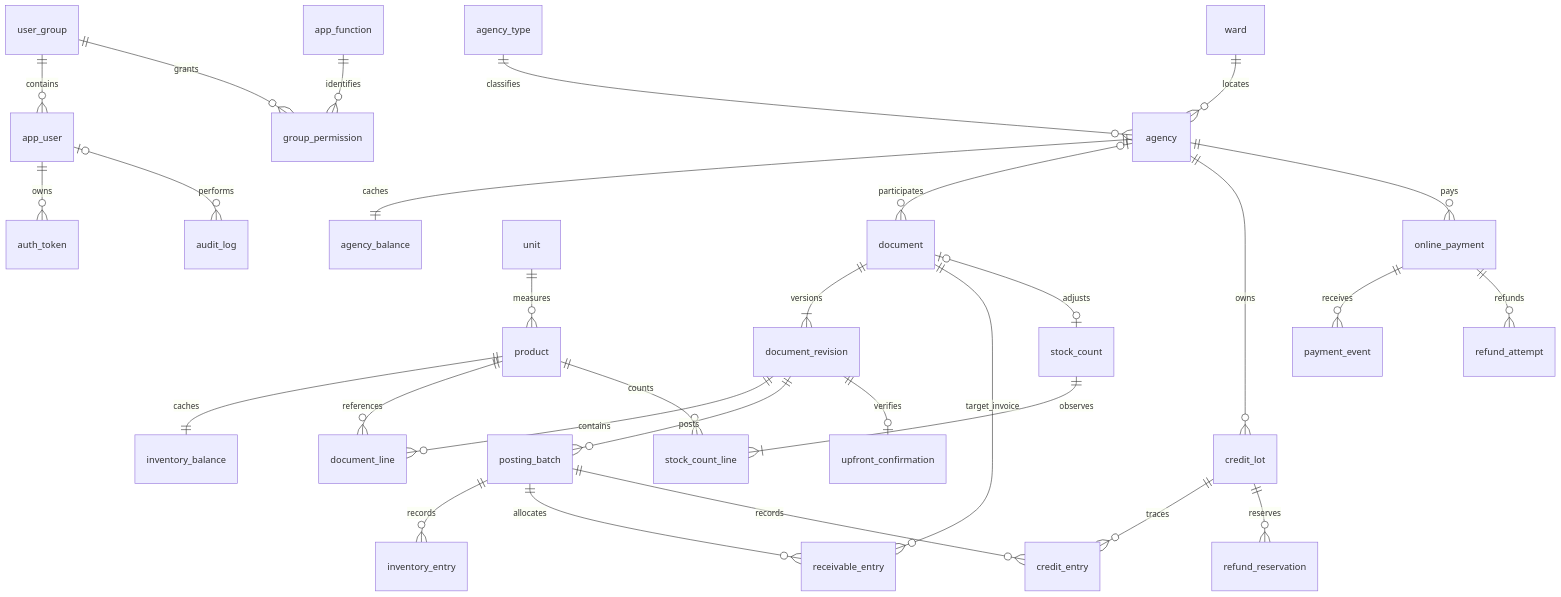
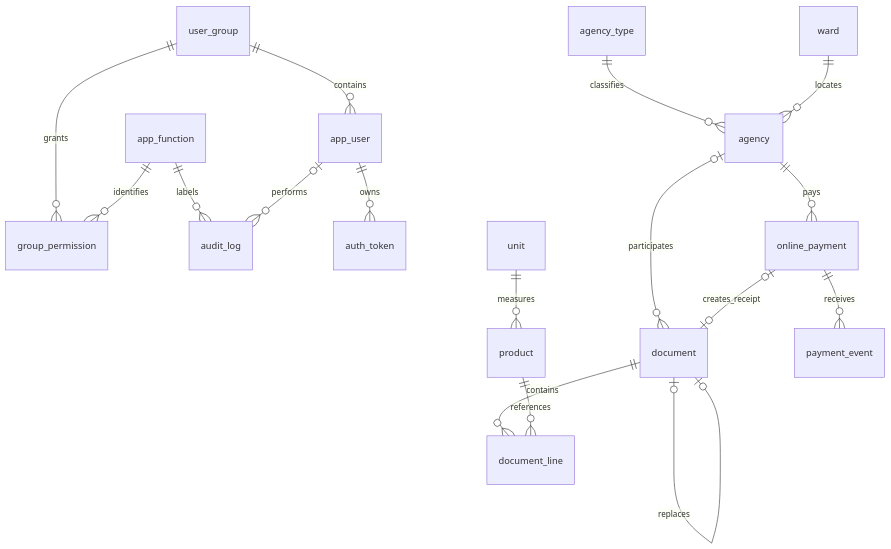
Before and after one commit to 2nguyen3/dealer-management-system: the diagram in openwiki/database-design/README.md, drawn with Mermaid. The commit also changed other lines of this file and 18 other files, not shown here.

````diff
--- a/openwiki/database-design/README.md
+++ b/openwiki/database-design/README.md
@@ -175,32 +45,19 @@
 ```mermaid
 erDiagram
   user_group ||--o{ app_user : contains
   user_group ||--o{ group_permission : grants
   app_function ||--o{ group_permission : identifies
+  app_function ||--o{ audit_log : labels
   app_user ||--o{ auth_token : owns
   app_user o|--o{ audit_log : performs
   agency_type ||--o{ agency : classifies
   ward ||--o{ agency : locates
-  agency ||--|| agency_balance : caches
   unit ||--o{ product : measures
-  product ||--|| inventory_balance : caches
   agency o|--o{ document : participates
-  document ||--|{ document_revision : versions
-  document_revision ||--o{ document_line : contains
+  document ||--o{ document_line : contains
+  document o|--o| document : replaces
   product ||--o{ document_line : references
-  document_revision ||--o{ posting_batch : posts
-  posting_batch ||--o{ inventory_entry : records
-  posting_batch ||--o{ receivable_entry : allocates
-  posting_batch ||--o{ credit_entry : records
-  document ||--o{ receivable_entry : target_invoice
-  agency ||--o{ credit_lot : owns
-  credit_lot ||--o{ credit_entry : traces
-  credit_lot ||--o{ refund_reservation : reserves
-  document_revision ||--o| upfront_confirmation : verifies
   agency ||--o{ online_payment : pays
+  online_payment o|--o| document : creates_receipt
   online_payment ||--o{ payment_event : receives
-  online_payment ||--o{ refund_attempt : refunds
-  stock_count ||--|{ stock_count_line : observes
-  product ||--o{ stock_count_line : counts
-  document o|--o| stock_count : adjusts
 ```
````
